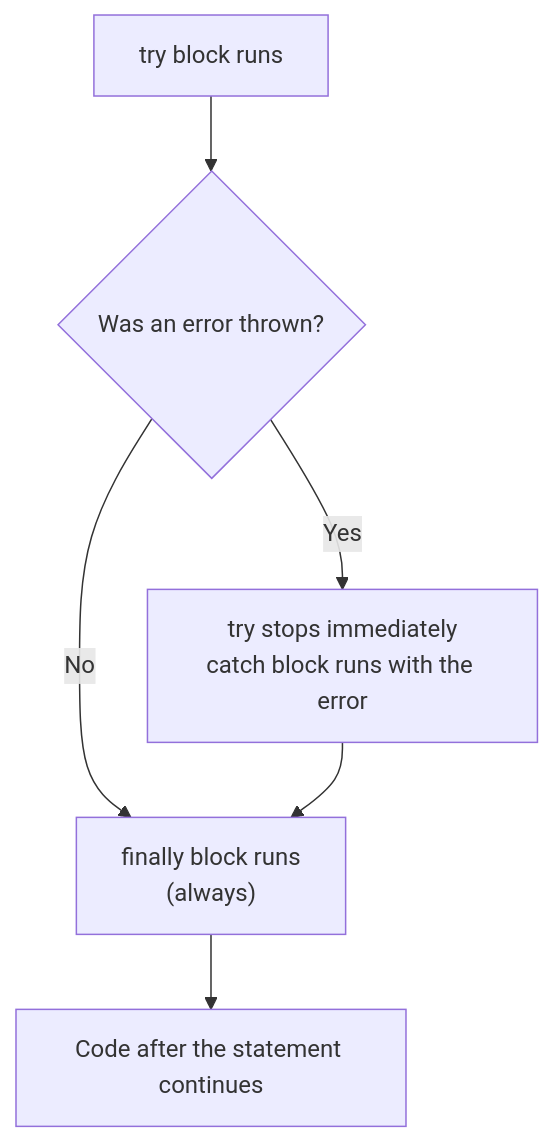
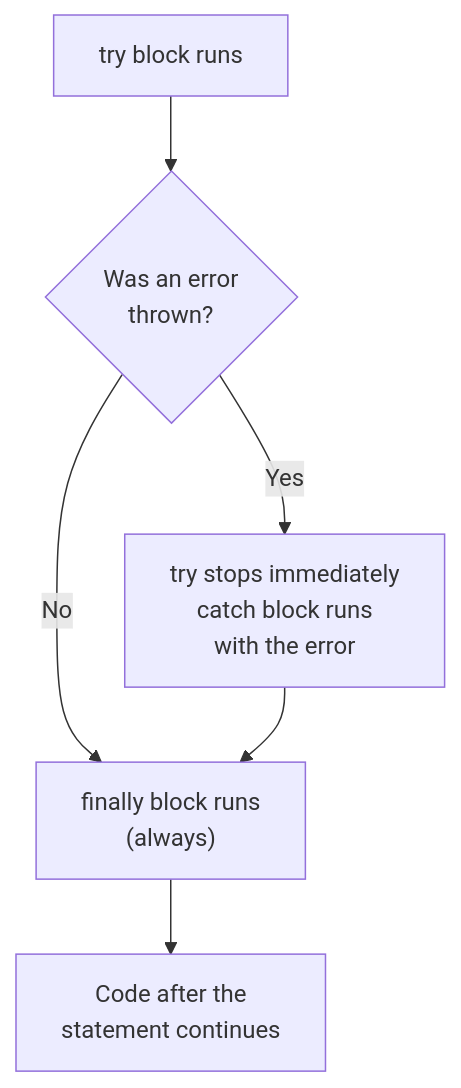
Before and after one commit to renatolinsdigital/javascript-quickstart: diagram 11 of 16 in README.md, drawn with Mermaid. The commit also changed other lines of this file, not shown here.

Commit message:
adds a revision to mermaid graphs

````diff
--- a/README.md
+++ b/README.md
@@ -2154,8 +2199,13 @@
    ```mermaid
+   ---
+   config:
+     flowchart:
+       wrappingWidth: 1000
+   ---
    flowchart TD
-       A["try block runs"] --> B{"Was an error thrown?"}
+       A["try block runs"] --> B{"Was an error<br/>thrown?"}
        B -- No --> D["finally block runs<br/>(always)"]
-       B -- Yes --> C["try stops immediately<br/>catch block runs with the error"]
+       B -- Yes --> C["try stops immediately<br/>catch block runs<br/>with the error"]
        C --> D
-       D --> E["Code after the statement continues"]
+       D --> E["Code after the<br/>statement continues"]
    ```
````
